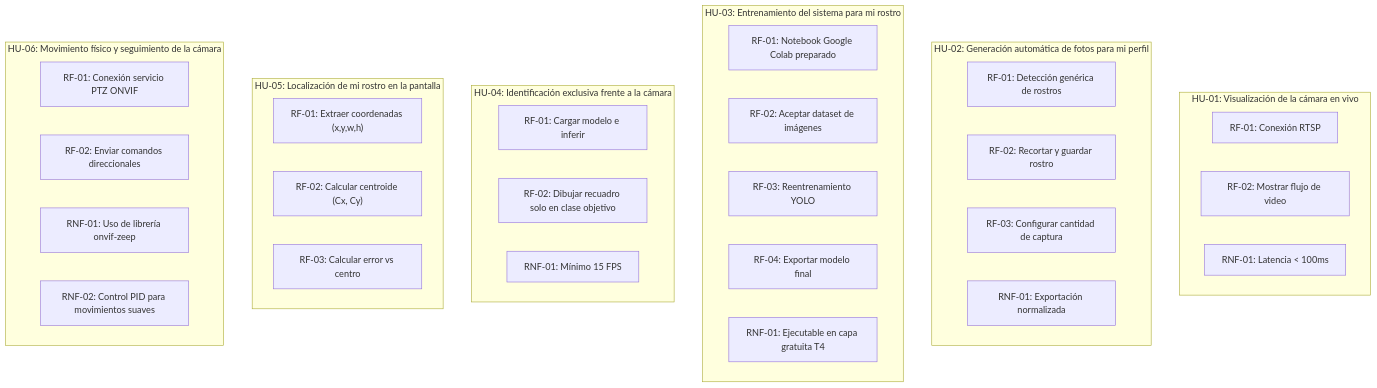
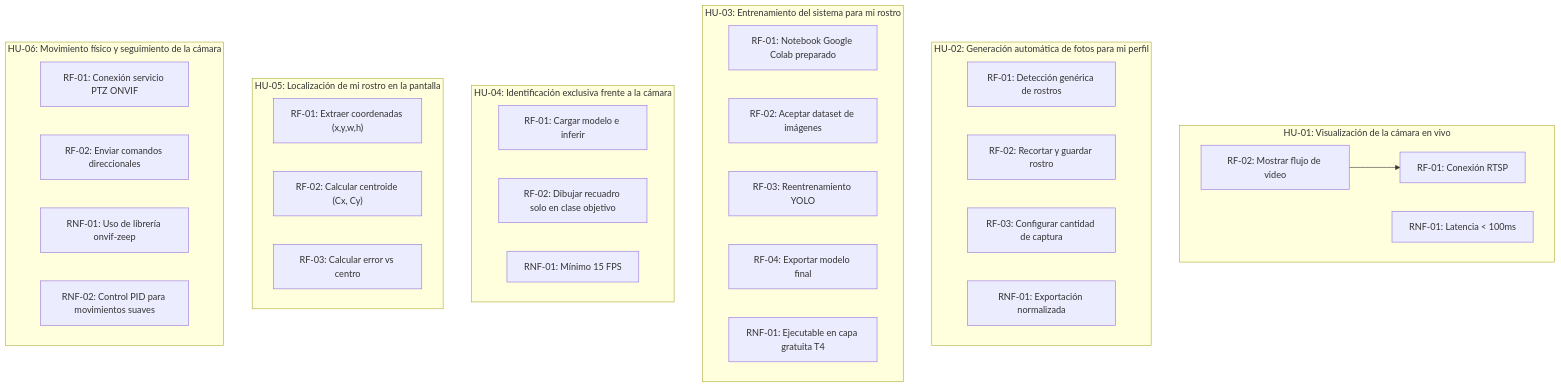
One commit to fiemcasals/seguidorCam changed the diagram in docs/grafo.md. Above: the diagram before and after it, drawn with Mermaid. The commit also changed other lines of this file, not shown here.

````diff
--- a/docs/grafo.md
+++ b/docs/grafo.md
@@ -5,37 +5,38 @@
 ```mermaid
 graph TD
   subgraph US_1785973986502["HU-01: Visualización de la cámara en vivo"]
     REQ_1785974832467["RF-01: Conexión RTSP"]
     REQ_1785974833072["RF-02: Mostrar flujo de video"]
     REQ_1785974833983["RNF-01: Latencia < 100ms"]
   end
   subgraph US_1785973986827["HU-02: Generación automática de fotos para mi perfil"]
     REQ_1785974834220["RF-01: Detección genérica de rostros"]
     REQ_1785974834478["RF-02: Recortar y guardar rostro"]
     REQ_1785974835053["RF-03: Configurar cantidad de captura"]
     REQ_1785974835757["RNF-01: Exportación normalizada"]
   end
   subgraph US_1785973987016["HU-03: Entrenamiento del sistema para mi rostro"]
     REQ_1785974835958["RF-01: Notebook Google Colab preparado"]
     REQ_1785974838027["RF-02: Aceptar dataset de imágenes"]
     REQ_1785974838161["RF-03: Reentrenamiento YOLO"]
     REQ_1785974838308["RF-04: Exportar modelo final"]
     REQ_1785974840878["RNF-01: Ejecutable en capa gratuita T4"]
   end
   subgraph US_1785973987206["HU-04: Identificación exclusiva frente a la cámara"]
     REQ_1785974842418["RF-01: Cargar modelo e inferir"]
     REQ_1785974843644["RF-02: Dibujar recuadro solo en clase objetivo"]
     REQ_1785974843884["RNF-01: Mínimo 15 FPS"]
   end
   subgraph US_1785973987388["HU-05: Localización de mi rostro en la pantalla"]
     REQ_1785974846222["RF-01: Extraer coordenadas (x,y,w,h)"]
     REQ_1785974849536["RF-02: Calcular centroide (Cx, Cy)"]
     REQ_1785974850088["RF-03: Calcular error vs centro"]
   end
   subgraph US_1785973987561["HU-06: Movimiento físico y seguimiento de la cámara"]
     REQ_1785974850231["RF-01: Conexión servicio PTZ ONVIF"]
     REQ_1785974850355["RF-02: Enviar comandos direccionales"]
     REQ_1785974852785["RNF-01: Uso de librería onvif-zeep"]
     REQ_1785974855090["RNF-02: Control PID para movimientos suaves"]
   end
+  REQ_1785974833072 --> REQ_1785974832467
 ```
````
